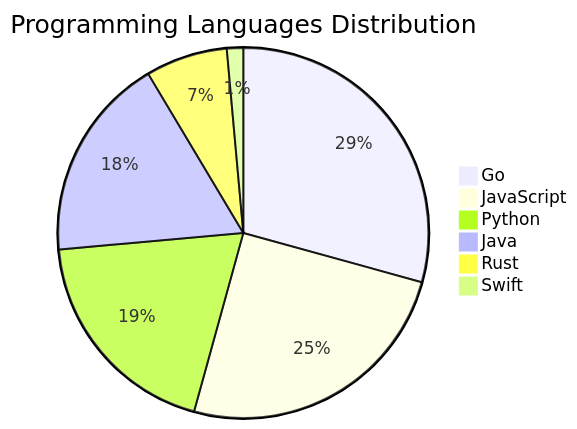
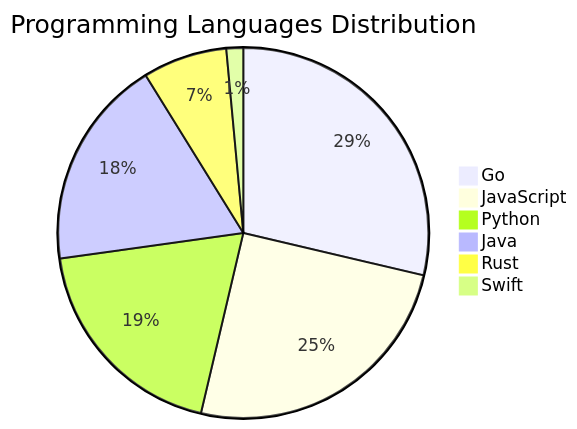
One commit to Derrick-MUGISHA/github-activity-bot changed the diagram in README.md. Above: the diagram before and after it, drawn with Mermaid. The commit also changed other lines of this file and 4 other files, not shown here.

````diff
--- a/README.md
+++ b/README.md
@@ -206,9 +206,9 @@
 ```mermaid
 pie title Programming Languages Distribution
-    "Go" : 41
-    "JavaScript" : 35
-    "Python" : 27
+    "Go" : 39
+    "JavaScript" : 34
+    "Python" : 26
     "Java" : 25
     "Rust" : 10
     "Swift" : 2
 ```
````
